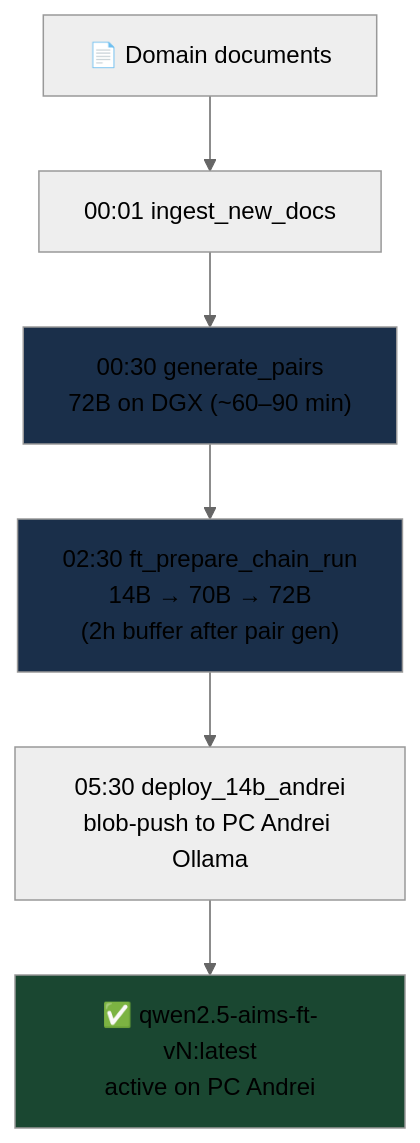
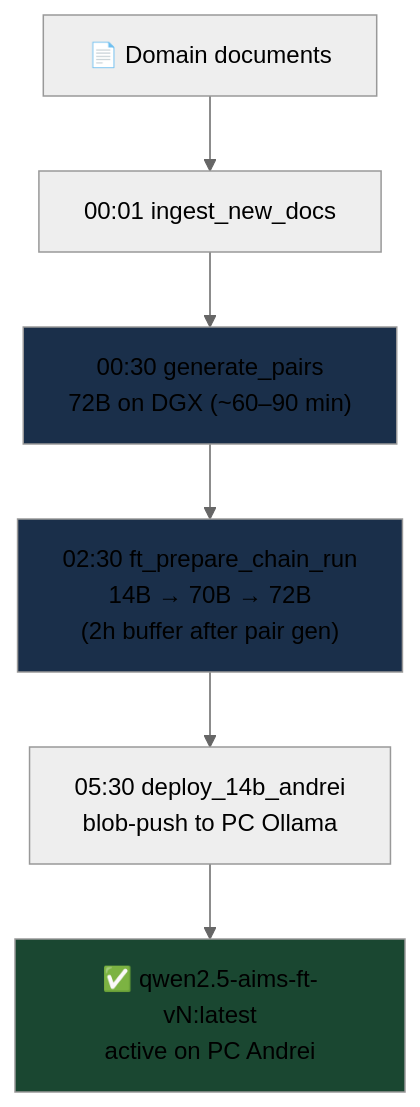
Diagram 11 of 12 in README.md (AxiOMSphereAssistanceAIMS/AxiOMSphere), drawn with Mermaid (neutral theme) before and after one commit.

````diff
--- a/README.md
+++ b/README.md
@@ -542,11 +542,11 @@
 ```mermaid
 flowchart TD
     DOCS["📄 Domain documents"] --> INGEST["00:01 ingest_new_docs"]
     INGEST --> PAIRS["00:30 generate_pairs\n72B on DGX (~60–90 min)"]
     PAIRS --> FT["02:30 ft_prepare_chain_run\n14B → 70B → 72B\n(2h buffer after pair gen)"]
-    FT --> DEPLOY["05:30 deploy_14b_andrei\nblob-push to PC Andrei Ollama"]
+    FT --> DEPLOY["05:30 deploy_14b_andrei\nblob-push to PC Ollama"]
     DEPLOY --> BOT["✅ qwen2.5-aims-ft-vN:latest\nactive on PC Andrei"]
     style PAIRS fill:#1a2f4a
     style FT fill:#1a2f4a
     style BOT fill:#1a4731
 ```
````
